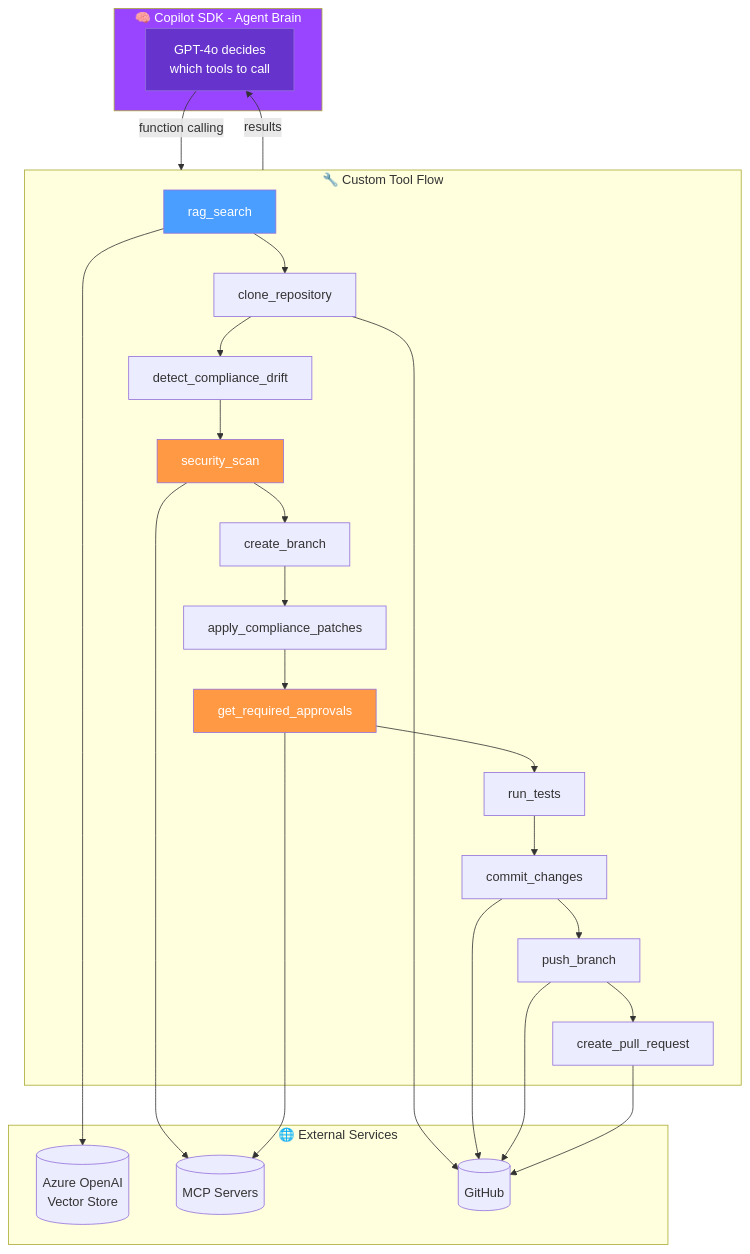
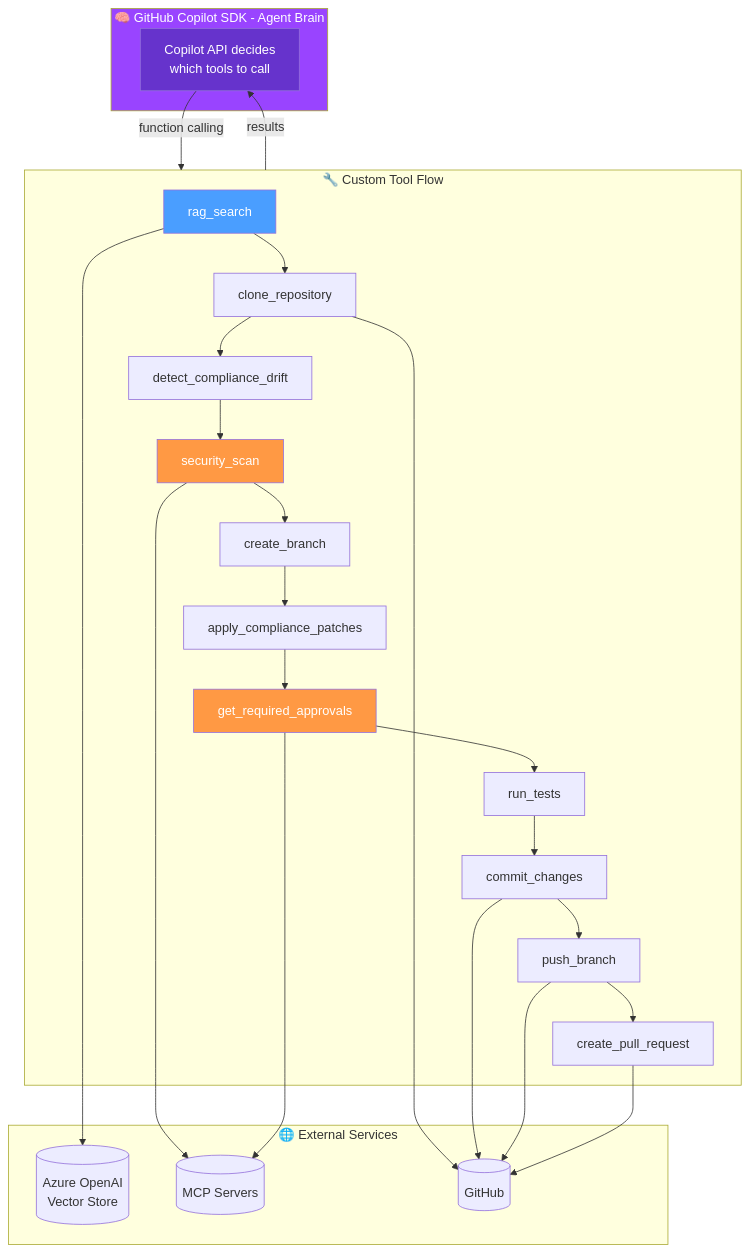
Before and after one commit to MSFT-Innovation-Hub-India/GHCP-CLI-SDK-PR-AUTOMATION: the third of 6 diagrams in docs/ARCHITECTURE_FLOW.md, drawn with Mermaid. The commit also changed other lines of this file, not shown here.

First line of the commit message:
docs: clarify Copilot SDK vs Azure OpenAI roles

````diff
--- a/docs/ARCHITECTURE_FLOW.md
+++ b/docs/ARCHITECTURE_FLOW.md
@@ -97,38 +101,38 @@
 ```mermaid
 flowchart TB
-    subgraph SDK["🧠 Copilot SDK - Agent Brain"]
-        LLM[GPT-4o decides<br/>which tools to call]
+    subgraph SDK["🧠 GitHub Copilot SDK - Agent Brain"]
+        LLM[Copilot API decides<br/>which tools to call]
     end
 
     subgraph Tools["🔧 Custom Tool Flow"]
         A[rag_search] --> B[clone_repository]
         B --> C[detect_compliance_drift]
         C --> D[security_scan]
         D --> E[create_branch]
         E --> F[apply_compliance_patches]
         F --> G[get_required_approvals]
         G --> H[run_tests]
         H --> I[commit_changes]
         I --> J[push_branch]
         J --> K[create_pull_request]
     end
 
     subgraph External["🌐 External Services"]
         RAG[(Azure OpenAI<br/>Vector Store)]
         MCP[(MCP Servers)]
         GH[(GitHub)]
     end
 
     LLM -->|function calling| Tools
     Tools -->|results| LLM
     
     A --> RAG
     D & G --> MCP
     B & I & J & K --> GH
 
     style SDK fill:#9944ff,color:white
     style LLM fill:#6633cc,color:white
     style A fill:#4a9eff,color:white
     style D fill:#ff9944,color:white
     style G fill:#ff9944,color:white
 ```
````
